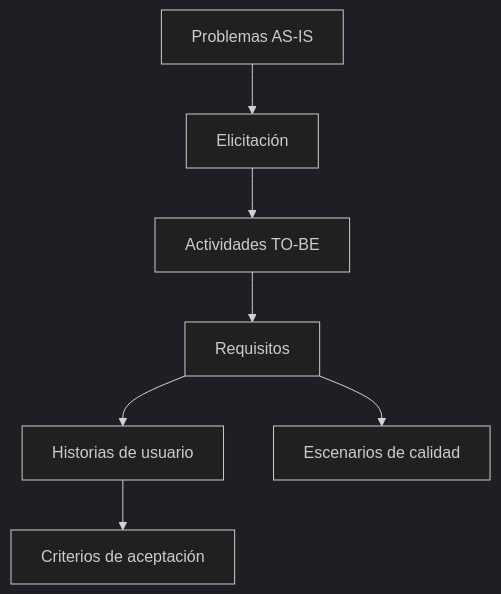
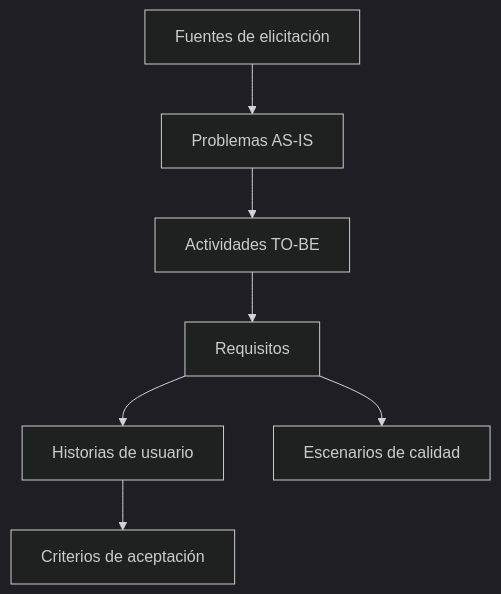
Before and after one commit to br1fz/OncoTrace: the diagram in 07-matriz-trazabilidad.md, drawn with Mermaid (dark theme). The commit also changed other lines of this file, not shown here.

````diff
--- a/07-matriz-trazabilidad.md
+++ b/07-matriz-trazabilidad.md
@@ -12,9 +14,9 @@
 ```mermaid
 flowchart TB
-  ASIS["Problemas AS-IS"] --> EL["Elicitación"]
-  EL --> TOBE["Actividades TO-BE"]
+  EL["Fuentes de elicitación"] --> ASIS["Problemas AS-IS"]
+  ASIS --> TOBE["Actividades TO-BE"]
   TOBE --> REQ["Requisitos"]
   REQ --> HU["Historias de usuario"]
   HU --> CA["Criterios de aceptación"]
   REQ --> AC["Escenarios de calidad"]
 ```
````
